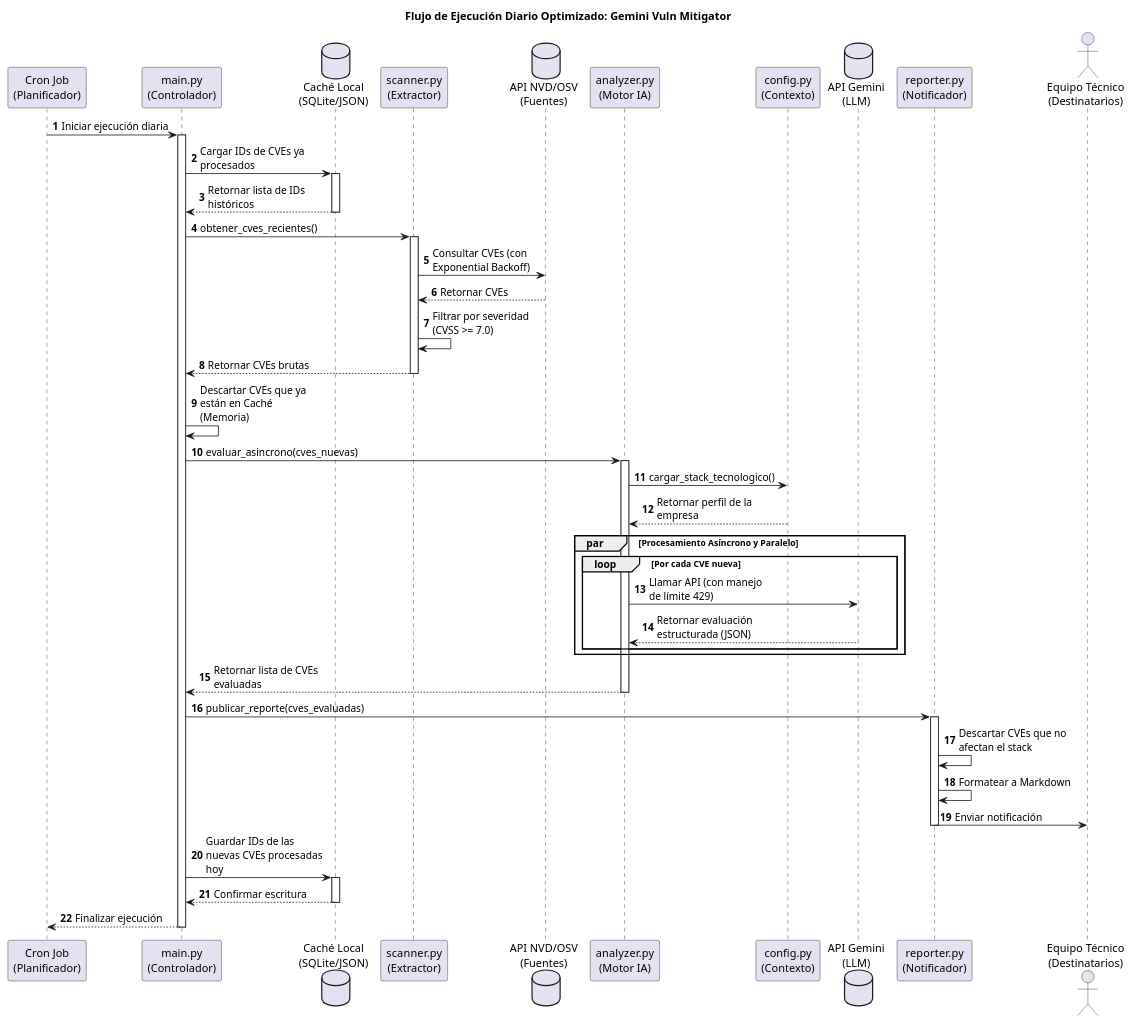
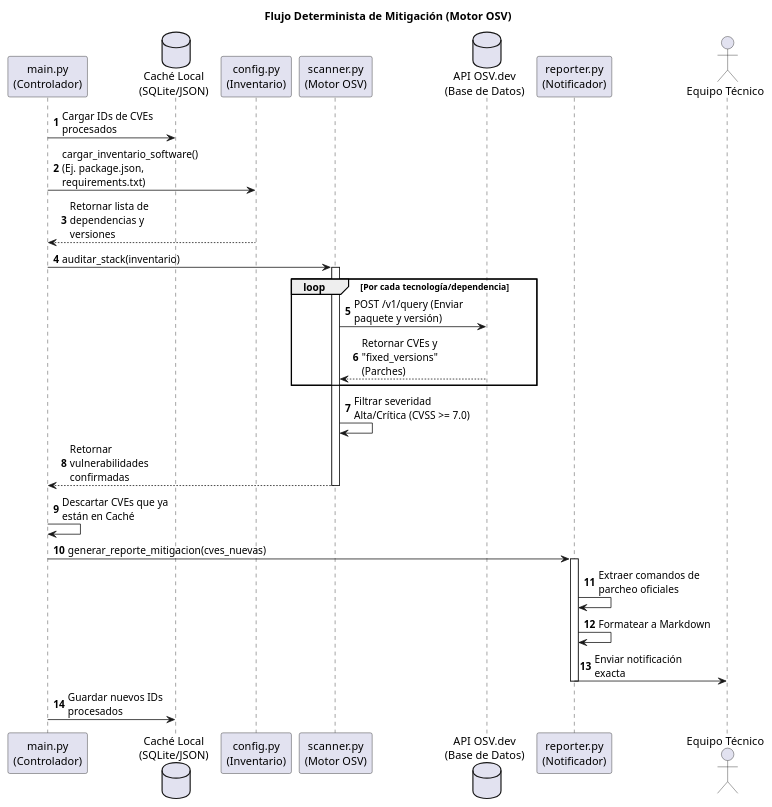
The diagram in doc/images/DFD.puml (TheStranger1202/gemini_vul_mitigation), drawn with PlantUML before and after one commit. The commit also changed 1 other file, not shown here.

Commit message:
se cambio el flujo de datos del proyecto

```diff
--- a/doc/images/DFD.puml
+++ b/doc/images/DFD.puml
@@ -1,64 +1,40 @@
 @startuml
-title Flujo de Ejecución Diario Optimizado: Gemini Vuln Mitigator
+title Flujo Determinista de Mitigación (Motor OSV)
 
 skinparam maxMessageSize 150
 autonumber
 
-participant "Cron Job\n(Planificador)" as Cron
 participant "main.py\n(Controlador)" as Main
 database "Caché Local\n(SQLite/JSON)" as Cache
-participant "scanner.py\n(Extractor)" as Scanner
-database "API NVD/OSV\n(Fuentes)" as NVD
-participant "analyzer.py\n(Motor IA)" as Analyzer
-participant "config.py\n(Contexto)" as Config
-database "API Gemini\n(LLM)" as Gemini
+participant "config.py\n(Inventario)" as Config
+participant "scanner.py\n(Motor OSV)" as Scanner
+database "API OSV.dev\n(Base de Datos)" as OSV
 participant "reporter.py\n(Notificador)" as Reporter
-actor "Equipo Técnico\n(Destinatarios)" as Usuario
+actor "Equipo Técnico" as Usuario
 
-Cron -> Main: Iniciar ejecución diaria
-activate Main
+Main -> Cache: Cargar IDs de CVEs procesados
+Main -> Config: cargar_inventario_software()\n(Ej. package.json, requirements.txt)
+Config --> Main: Retornar lista de dependencias y versiones
 
-Main -> Cache: Cargar IDs de CVEs ya procesados
-activate Cache
-Cache --> Main: Retornar lista de IDs históricos
-deactivate Cache
-
-Main -> Scanner: obtener_cves_recientes()
+Main -> Scanner: auditar_stack(inventario)
 activate Scanner
-Scanner -> NVD: Consultar CVEs (con Exponential Backoff)
-NVD --> Scanner: Retornar CVEs
-Scanner -> Scanner: Filtrar por severidad (CVSS >= 7.0)
-Scanner --> Main: Retornar CVEs brutas
+loop Por cada tecnología/dependencia
+    Scanner -> OSV: POST /v1/query (Enviar paquete y versión)
+    OSV --> Scanner: Retornar CVEs y "fixed_versions" (Parches)
+end
+Scanner -> Scanner: Filtrar severidad Alta/Crítica (CVSS >= 7.0)
+Scanner --> Main: Retornar vulnerabilidades confirmadas
 deactivate Scanner
 
-Main -> Main: Descartar CVEs que ya están en Caché (Memoria)
+Main -> Main: Descartar CVEs que ya están en Caché
 
-Main -> Analyzer: evaluar_asincrono(cves_nuevas)
-activate Analyzer
-Analyzer -> Config: cargar_stack_tecnologico()
-Config --> Analyzer: Retornar perfil de la empresa
-par Procesamiento Asíncrono y Paralelo
-    loop Por cada CVE nueva
-        Analyzer -> Gemini: Llamar API (con manejo de límite 429)
-        Gemini --> Analyzer: Retornar evaluación estructurada (JSON)
-    end
-end
-Analyzer --> Main: Retornar lista de CVEs evaluadas
-deactivate Analyzer
-
-Main -> Reporter: publicar_reporte(cves_evaluadas)
+Main -> Reporter: generar_reporte_mitigacion(cves_nuevas)
 activate Reporter
-Reporter -> Reporter: Descartar CVEs que no afectan el stack
+Reporter -> Reporter: Extraer comandos de parcheo oficiales
 Reporter -> Reporter: Formatear a Markdown
-Reporter -> Usuario: Enviar notificación
+Reporter -> Usuario: Enviar notificación exacta
 deactivate Reporter
 
-Main -> Cache: Guardar IDs de las nuevas CVEs procesadas hoy
-activate Cache
-Cache --> Main: Confirmar escritura
-deactivate Cache
-
-Main --> Cron: Finalizar ejecución
-deactivate Main
+Main -> Cache: Guardar nuevos IDs procesados
 
 @enduml
```
